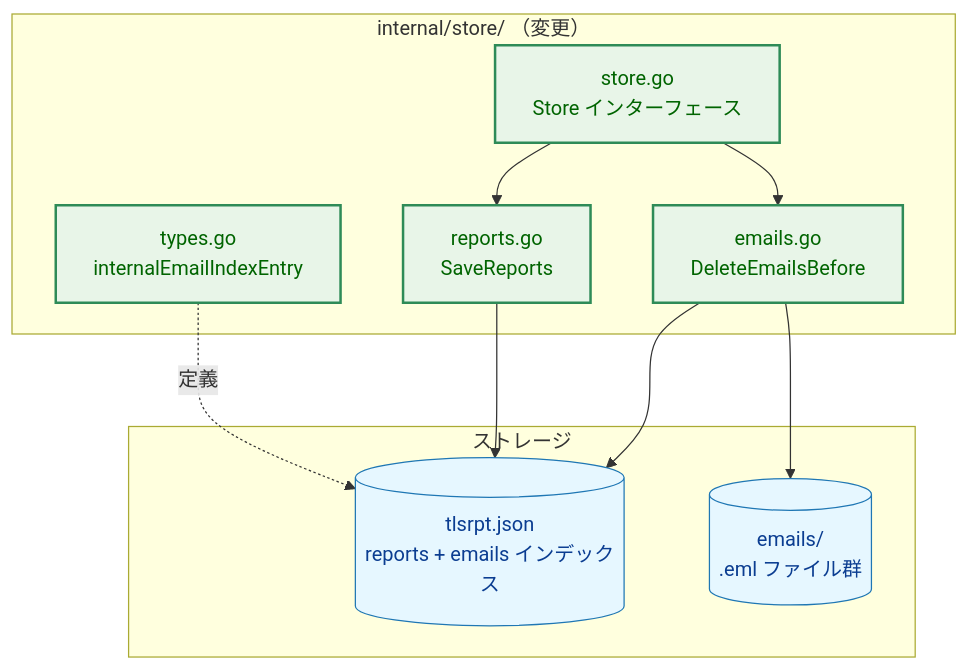
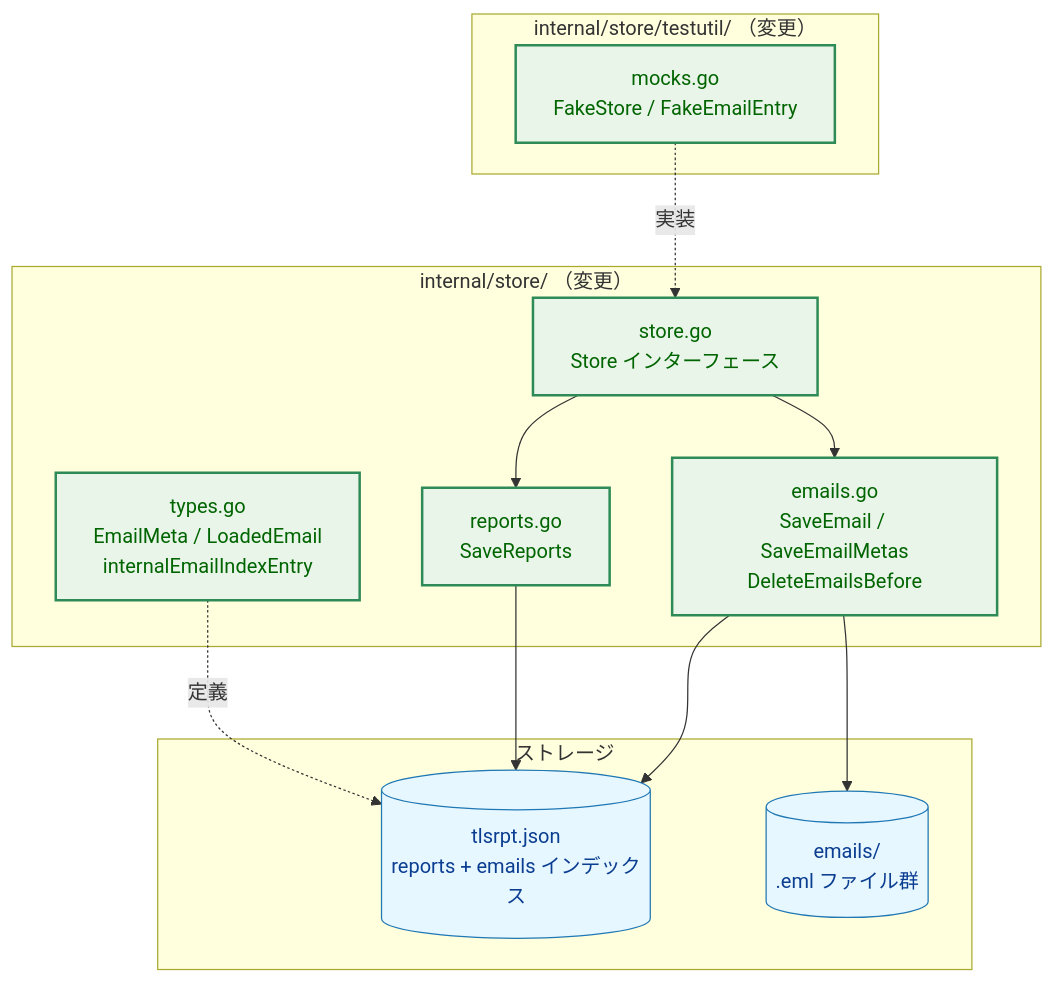
One commit to isseis/tlsrpt-digest changed the fifth of 9 diagrams in docs/tasks/0041_store_gc_simplify/02_architecture.md. Above: the diagram before and after it, drawn with Mermaid. The commit also changed other lines of this file and 2 other files, not shown here.

First line of the commit message:
docs(0041): adopt INTERNALDATE for .eml path determination

````diff
--- a/docs/tasks/0041_store_gc_simplify/02_architecture.md
+++ b/docs/tasks/0041_store_gc_simplify/02_architecture.md
@@ -106,28 +105,34 @@
 ```mermaid
 graph TB
     classDef enhanced fill:#e8f5e8,stroke:#2e8b57,stroke-width:2px,color:#006400;
     classDef process fill:#fff1e6,stroke:#ff7f0e,stroke-width:1px,color:#8a3e00;
     classDef data fill:#e6f7ff,stroke:#1f77b4,stroke-width:1px,color:#0b3d91;
 
     subgraph store_pkg ["internal/store/ （変更）"]
         IFACE["store.go<br>Store インターフェース"]
-        TYPES["types.go<br>internalEmailIndexEntry"]
+        TYPES["types.go<br>EmailMeta / LoadedEmail<br>internalEmailIndexEntry"]
         RPT["reports.go<br>SaveReports"]
-        EML["emails.go<br>DeleteEmailsBefore"]
+        EML["emails.go<br>SaveEmail / SaveEmailMetas<br>DeleteEmailsBefore"]
+    end
+
+    subgraph testutil_pkg ["internal/store/testutil/ （変更）"]
+        MOCK["mocks.go<br>FakeStore / FakeEmailEntry"]
     end
 
     subgraph data_pkg ["ストレージ"]
         JSON[("tlsrpt.json<br>reports + emails インデックス")]
         EMLF[("emails/<br>.eml ファイル群")]
     end
 
     IFACE --> RPT
     IFACE --> EML
     RPT --> JSON
     EML --> JSON
     EML --> EMLF
     TYPES -.->|"定義"| JSON
+    MOCK -.->|"実装"| IFACE
 
     class IFACE,TYPES,RPT,EML enhanced
+    class MOCK enhanced
     class JSON,EMLF data
 ```
````
